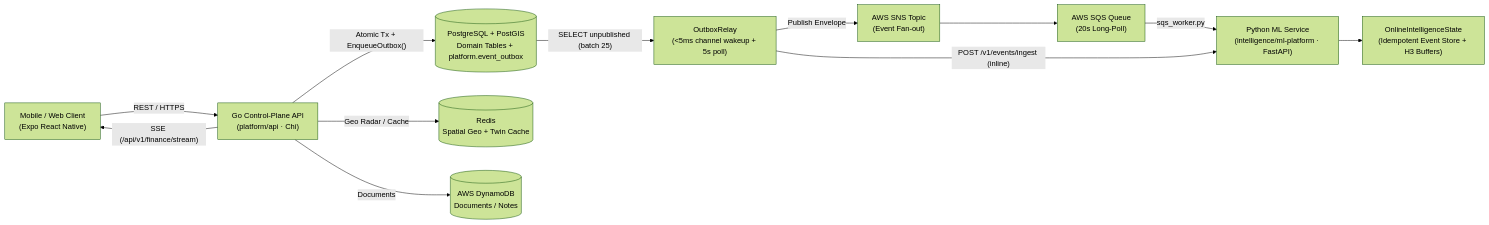
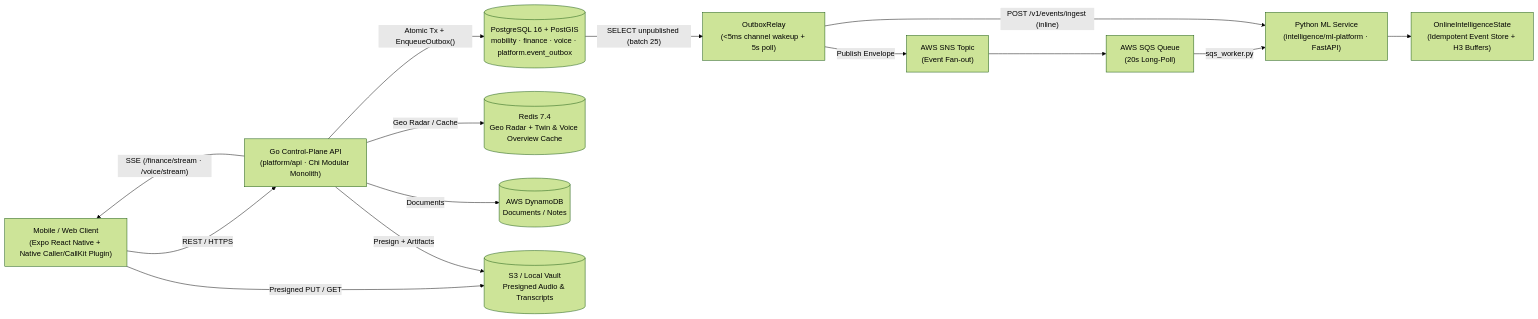
The first of 2 diagrams in README.md (sahil0017/Nexora), drawn with Mermaid (forest theme) before and after one commit. The commit also changed other lines of this file, not shown here.

Commit message:
docs(readme): update technical architecture with voice, caller ID & full module layout

````diff
--- a/README.md
+++ b/README.md
@@ -9,25 +9,28 @@
 ```mermaid
 flowchart LR
-    Mobile["Mobile / Web Client<br/>(Expo React Native)"]
-    API["Go Control-Plane API<br/>(platform/api · Chi)"]
-    PG[("PostgreSQL + PostGIS<br/>Domain Tables + platform.event_outbox")]
-    Redis[("Redis<br/>Spatial Geo + Twin Cache")]
+    Mobile["Mobile / Web Client<br/>(Expo React Native + Native Caller/CallKit Plugin)"]
+    API["Go Control-Plane API<br/>(platform/api · Chi Modular Monolith)"]
+    PG[("PostgreSQL 16 + PostGIS<br/>mobility · finance · voice · platform.event_outbox")]
+    Redis[("Redis 7.4<br/>Geo Radar + Twin & Voice Overview Cache")]
     DDB[("AWS DynamoDB<br/>Documents / Notes")]
+    S3[("S3 / Local Vault<br/>Presigned Audio & Transcripts")]
     Relay["OutboxRelay<br/>(<5ms channel wakeup + 5s poll)"]
     SNS["AWS SNS Topic<br/>(Event Fan-out)"]
     SQS["AWS SQS Queue<br/>(20s Long-Poll)"]
     ML["Python ML Service<br/>(intelligence/ml-platform · FastAPI)"]
     State["OnlineIntelligenceState<br/>(Idempotent Event Store + H3 Buffers)"]
 
     Mobile -- "REST / HTTPS" --> API
-    API -- "SSE (/api/v1/finance/stream)" --> Mobile
+    Mobile -- "Presigned PUT / GET" --> S3
+    API -- "SSE (/finance/stream · /voice/stream)" --> Mobile
     API -- "Atomic Tx + EnqueueOutbox()" --> PG
     API -- "Geo Radar / Cache" --> Redis
     API -- "Documents" --> DDB
+    API -- "Presign + Artifacts" --> S3
     PG -- "SELECT unpublished (batch 25)" --> Relay
     Relay -- "Publish Envelope" --> SNS
     SNS --> SQS
     SQS -- "sqs_worker.py" --> ML
     Relay -- "POST /v1/events/ingest (inline)" --> ML
     ML --> State
 ```
````
